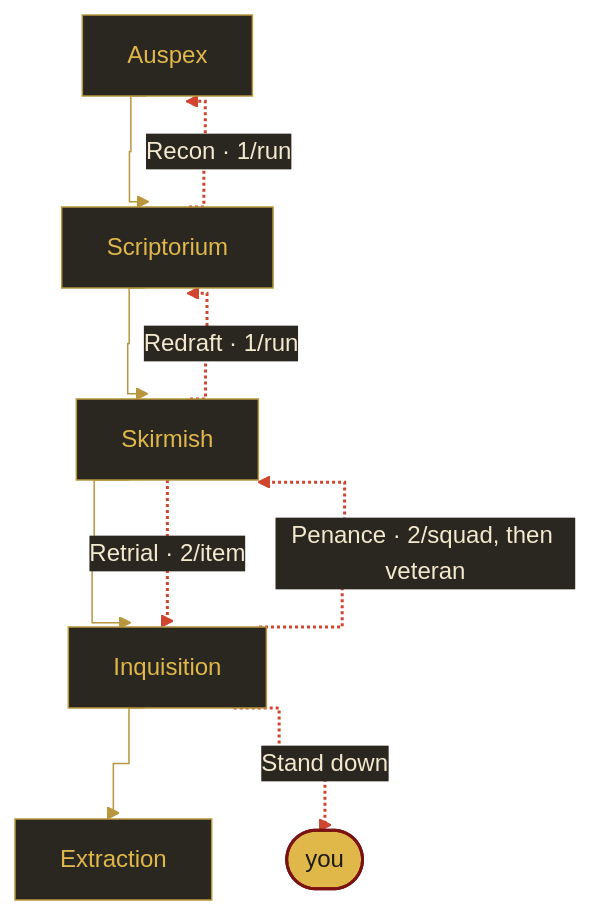
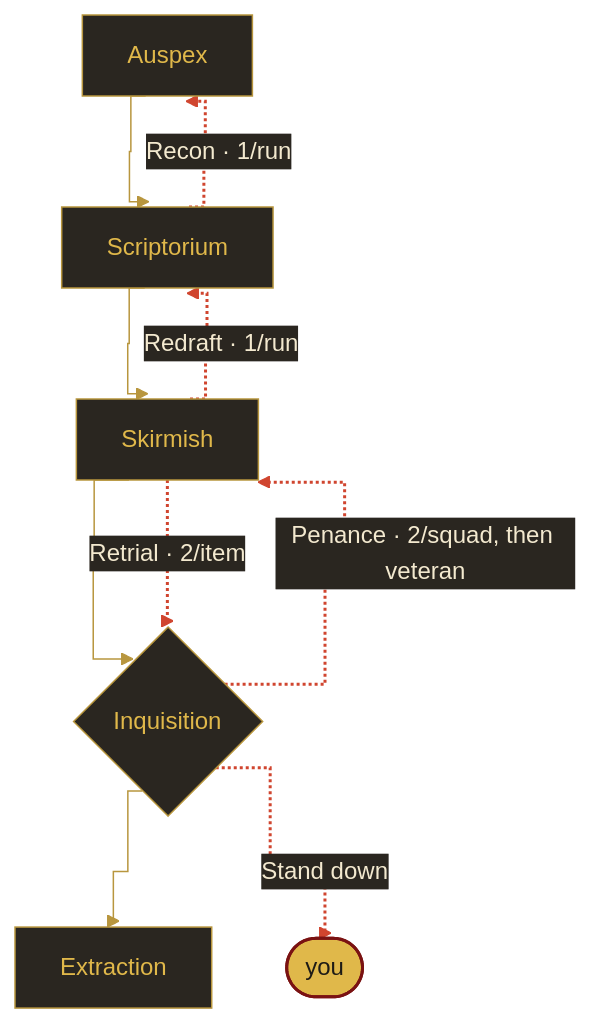
Before and after one commit to frandev94/strategium: the second of 2 diagrams in README.md, drawn with Mermaid. The commit also changed other lines of this file and 1 other file, not shown here.

Commit message:
docs(readme): flowchart symbols and returns in the run diagram

````diff
--- a/README.md
+++ b/README.md
@@ -96,15 +106,15 @@
 ```mermaid
 %%{init: {"theme": "base", "themeVariables": {"lineColor": "#b8963e", "edgeLabelBackground": "#2a2620", "textColor": "#f3e9cf", "fontFamily": "Georgia, serif"}, "flowchart": {"curve": "step"}}}%%
 flowchart TB
-  A["Auspex"] --> S["Scriptorium"] --> K["Skirmish"] --> I["Inquisition"] --> X["Extraction"]
+  A["Auspex"] --> S["Scriptorium"] --> K["Skirmish"] --> I{"Inquisition"} --> X["Extraction"]
   S -.->|"Recon · 1/run"| A
   K -.->|"Redraft · 1/run"| S
   I -.->|"Penance · 2/squad, then veteran"| K
   K -.->|"Retrial · 2/item"| I
   I -.->|"Stand down"| Y(["you"])
   classDef station fill:#2a2620,stroke:#b8963e,color:#e0b84a
   classDef you fill:#e0b84a,stroke:#7a1212,stroke-width:2px,color:#1e1b16
   class A,S,K,I,X station
   class Y you
   linkStyle 4,5,6,7,8 stroke:#d0452f,stroke-width:2px,color:#f3e9cf
 ```
````
